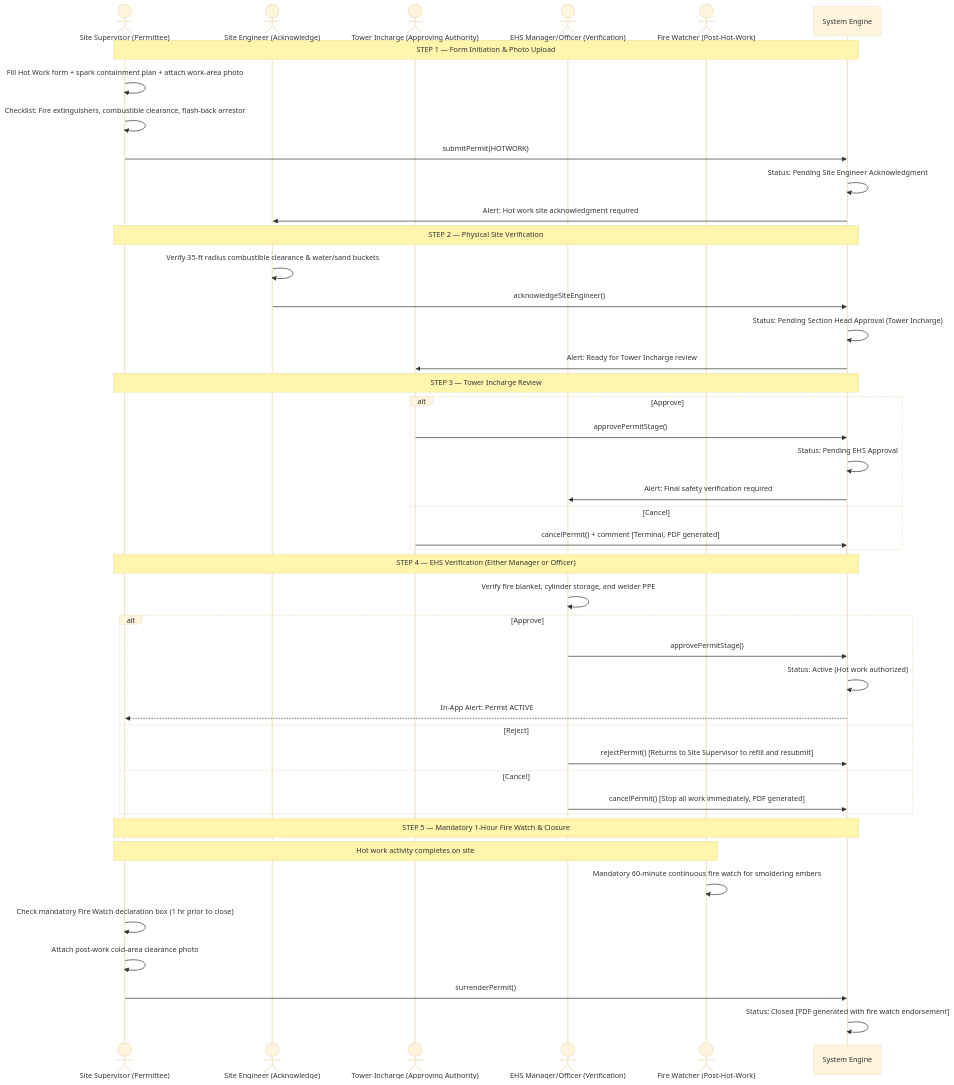
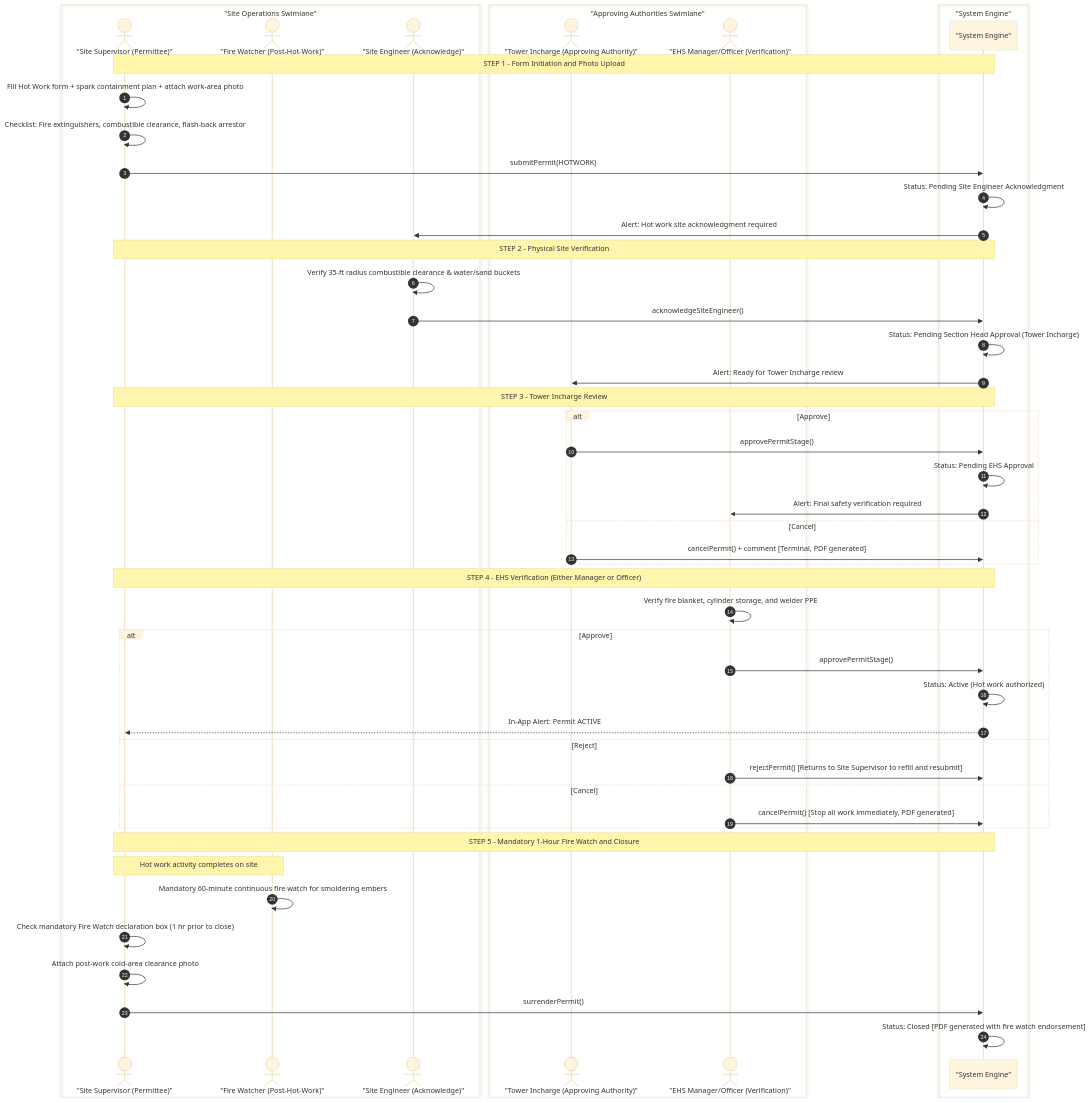
Diagram 21 of 41 in README.md (AuroGroupAutomationBot/ARPL-EHS-Demo), drawn with Mermaid (base theme) before and after one commit. The commit also changed other lines of this file and 7 other files, not shown here.

````diff
--- a/README.md
+++ b/README.md
@@ -1741,51 +1841,58 @@
 ```mermaid
 sequenceDiagram
-    actor SS as Site Supervisor (Permittee)
-    actor SE as Site Engineer (Acknowledge)
-    actor TI as Tower Incharge (Approving Authority)
-    actor EHS as EHS Manager/Officer (Verification)
-    actor FW as Fire Watcher (Post-Hot-Work)
-    participant SYS as System Engine
+    autonumber
+    box "Site Operations Swimlane"
+        actor SS as "Site Supervisor (Permittee)"
+        actor FW as "Fire Watcher (Post-Hot-Work)"
+        actor SE as "Site Engineer (Acknowledge)"
+    end
+    box "Approving Authorities Swimlane"
+        actor TI as "Tower Incharge (Approving Authority)"
+        actor EHS as "EHS Manager/Officer (Verification)"
+    end
+    box "System Engine"
+        participant SYS as "System Engine"
+    end
 
-    Note over SS,SYS: STEP 1 — Form Initiation & Photo Upload
+    Note over SS,SYS: STEP 1 - Form Initiation and Photo Upload
     SS->>SS: Fill Hot Work form + spark containment plan + attach work-area photo
     SS->>SS: Checklist: Fire extinguishers, combustible clearance, flash-back arrestor
     SS->>SYS: submitPermit(HOTWORK)
     SYS->>SYS: Status: Pending Site Engineer Acknowledgment
     SYS->>SE: Alert: Hot work site acknowledgment required
 
-    Note over SS,SYS: STEP 2 — Physical Site Verification
+    Note over SS,SYS: STEP 2 - Physical Site Verification
     SE->>SE: Verify 35-ft radius combustible clearance & water/sand buckets
     SE->>SYS: acknowledgeSiteEngineer()
     SYS->>SYS: Status: Pending Section Head Approval (Tower Incharge)
     SYS->>TI: Alert: Ready for Tower Incharge review
 
-    Note over SS,SYS: STEP 3 — Tower Incharge Review
+    Note over SS,SYS: STEP 3 - Tower Incharge Review
     alt Approve
         TI->>SYS: approvePermitStage()
         SYS->>SYS: Status: Pending EHS Approval
         SYS->>EHS: Alert: Final safety verification required
     else Cancel
         TI->>SYS: cancelPermit() + comment [Terminal, PDF generated]
     end
 
-    Note over SS,SYS: STEP 4 — EHS Verification (Either Manager or Officer)
+    Note over SS,SYS: STEP 4 - EHS Verification (Either Manager or Officer)
     EHS->>EHS: Verify fire blanket, cylinder storage, and welder PPE
     alt Approve
         EHS->>SYS: approvePermitStage()
         SYS->>SYS: Status: Active (Hot work authorized)
         SYS-->>SS: In-App Alert: Permit ACTIVE
     else Reject
         EHS->>SYS: rejectPermit() [Returns to Site Supervisor to refill and resubmit]
     else Cancel
         EHS->>SYS: cancelPermit() [Stop all work immediately, PDF generated]
     end
 
-    Note over SS,SYS: STEP 5 — Mandatory 1-Hour Fire Watch & Closure
+    Note over SS,SYS: STEP 5 - Mandatory 1-Hour Fire Watch and Closure
     Note over SS,FW: Hot work activity completes on site
     FW->>FW: Mandatory 60-minute continuous fire watch for smoldering embers
     SS->>SS: Check mandatory Fire Watch declaration box (1 hr prior to close)
     SS->>SS: Attach post-work cold-area clearance photo
     SS->>SYS: surrenderPermit()
     SYS->>SYS: Status: Closed [PDF generated with fire watch endorsement]
 ```
````
